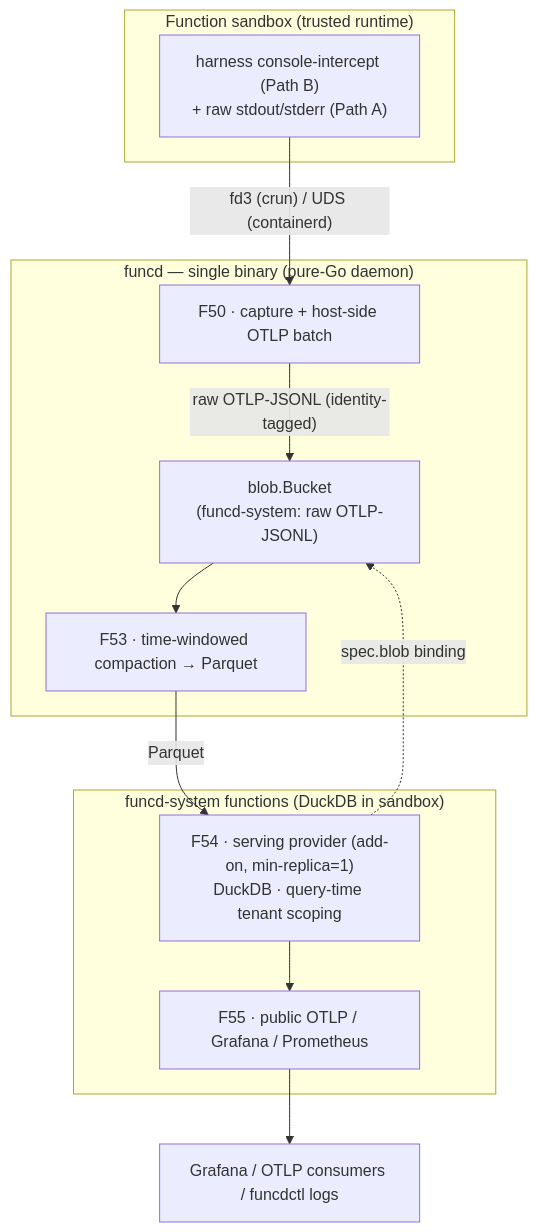
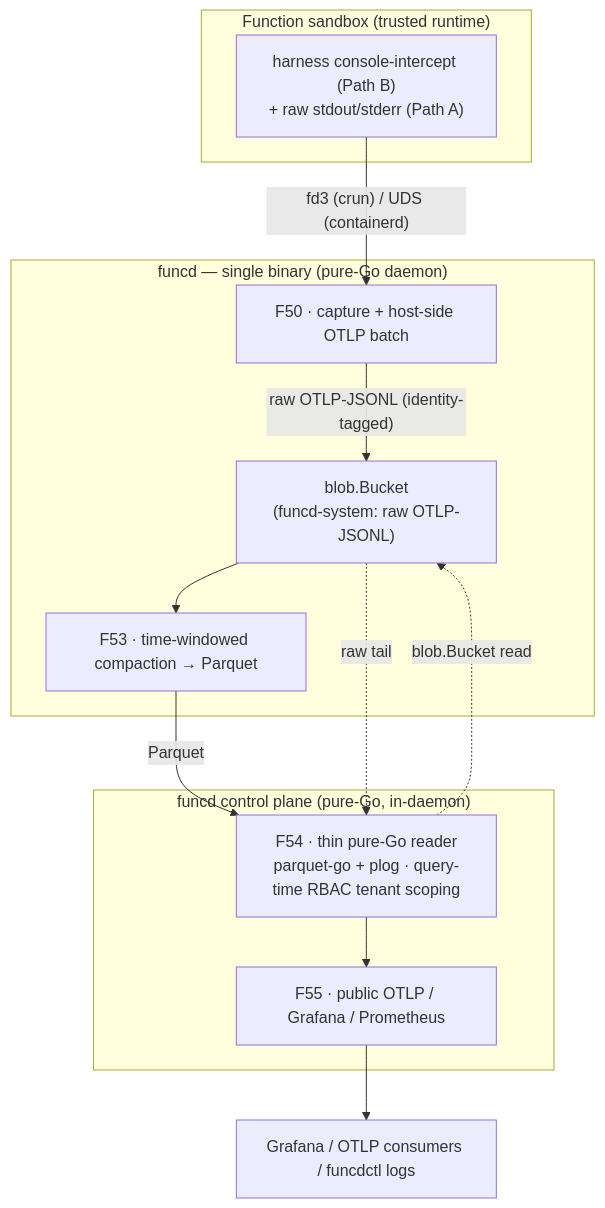
One commit to pyvvo/funcd changed the diagram in docs/feat/0004-feat-platform-observability.md. Above: the diagram before and after it, drawn with Mermaid. The commit also changed other lines of this file and 19 other files, not shown here.

````diff
--- a/docs/feat/0004-feat-platform-observability.md
+++ b/docs/feat/0004-feat-platform-observability.md
@@ -54,24 +54,25 @@
 ```mermaid
 flowchart TB
     subgraph Fn["Function sandbox (trusted runtime)"]
         H["harness console-intercept (Path B)<br/>+ raw stdout/stderr (Path A)"]
     end
     subgraph Funcd["funcd — single binary (pure-Go daemon)"]
         CAP["F50 · capture + host-side OTLP batch"]
         BLOB["blob.Bucket<br/>(funcd-system: raw OTLP-JSONL)"]
         COMP["F53 · time-windowed compaction → Parquet"]
     end
-    subgraph Serve["funcd-system functions (DuckDB in sandbox)"]
-        SRV["F54 · serving provider (add-on, min-replica=1)<br/>DuckDB · query-time tenant scoping"]
+    subgraph Serve["funcd control plane (pure-Go, in-daemon)"]
+        SRV["F54 · thin pure-Go reader<br/>parquet-go + plog · query-time RBAC tenant scoping"]
         EP["F55 · public OTLP / Grafana / Prometheus"]
     end
     GRAF["Grafana / OTLP consumers / funcdctl logs"]
 
     H -->|"fd3 (crun) / UDS (containerd)"| CAP
     CAP -->|"raw OTLP-JSONL (identity-tagged)"| BLOB
     BLOB --> COMP
     COMP -->|"Parquet"| SRV
+    BLOB -.->|"raw tail"| SRV
     SRV --> EP
     EP --> GRAF
-    SRV -.->|"spec.blob binding"| BLOB
+    SRV -.->|"blob.Bucket read"| BLOB
 ```
````
